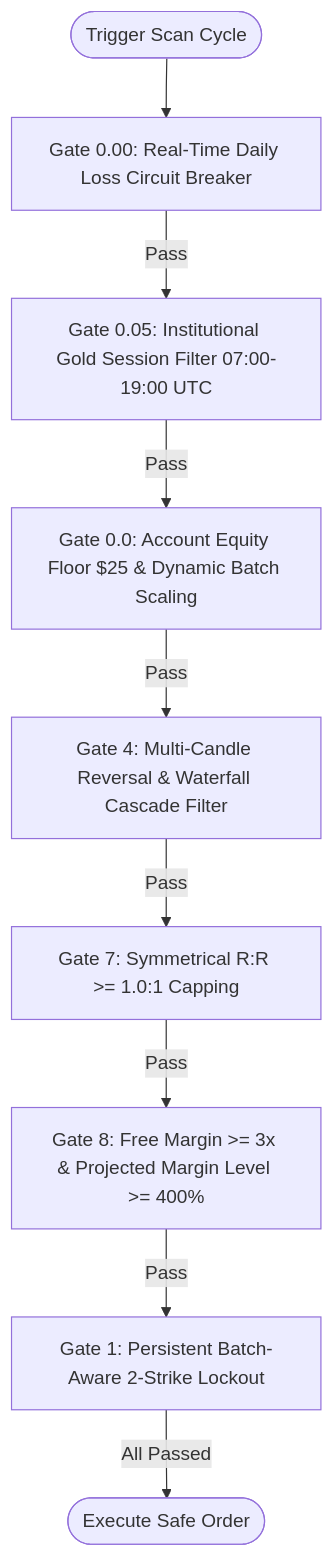
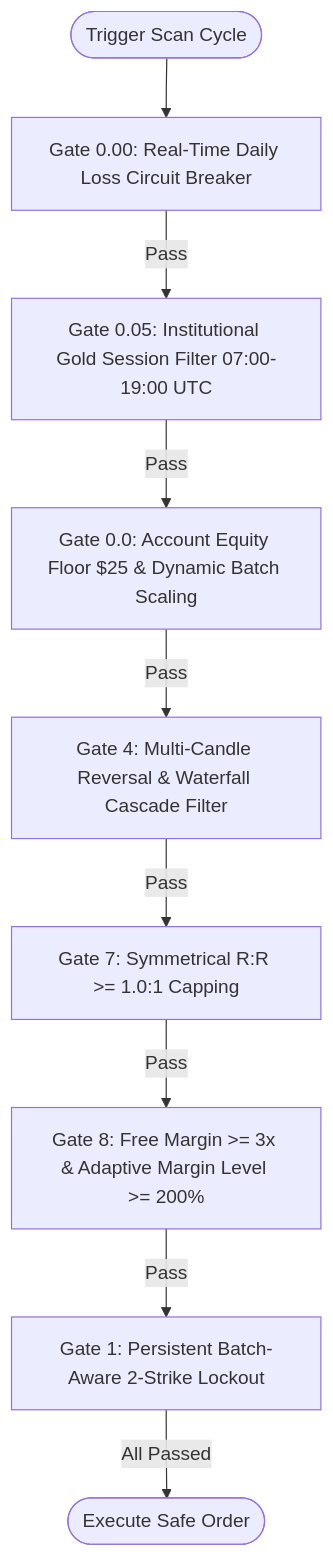
The diagram in docs/03_RISK_ENGINE_POSITION_SIZING.md (techwaves-egy/trading-team-skills), drawn with Mermaid before and after one commit. The commit also changed other lines of this file and 23 other files, not shown here.

Commit message:
feat(v5.4.0): Continuous All-Week Engine, Adaptive Margin Gate, Strategy-Aware Macro Filter & Telegram Wizard

````diff
--- a/docs/03_RISK_ENGINE_POSITION_SIZING.md
+++ b/docs/03_RISK_ENGINE_POSITION_SIZING.md
@@ -51,11 +51,11 @@
 ```mermaid
 flowchart TD
     Scan([Trigger Scan Cycle]) --> G00[Gate 0.00: Real-Time Daily Loss Circuit Breaker]
     G00 -->|Pass| G005[Gate 0.05: Institutional Gold Session Filter 07:00-19:00 UTC]
     G005 -->|Pass| G0[Gate 0.0: Account Equity Floor $25 & Dynamic Batch Scaling]
     G0 -->|Pass| G4[Gate 4: Multi-Candle Reversal & Waterfall Cascade Filter]
     G4 -->|Pass| G7[Gate 7: Symmetrical R:R >= 1.0:1 Capping]
-    G7 -->|Pass| G8[Gate 8: Free Margin >= 3x & Projected Margin Level >= 400%]
+    G7 -->|Pass| G8[Gate 8: Free Margin >= 3x & Adaptive Margin Level >= 200%]
     G8 -->|Pass| G1[Gate 1: Persistent Batch-Aware 2-Strike Lockout]
     G1 -->|All Passed| Execute([Execute Safe Order])
 ```
````
